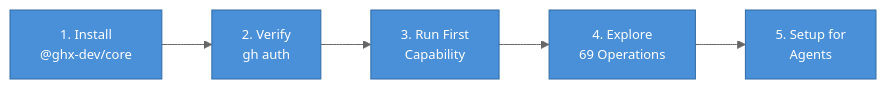
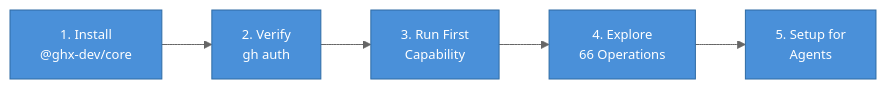
The diagram in docs/getting-started/README.md (aryeko/ghx-router), drawn with Mermaid before and after one commit. The commit also changed other lines of this file and 11 other files, not shown here.

````diff
--- a/docs/getting-started/README.md
+++ b/docs/getting-started/README.md
@@ -6,14 +6,14 @@
 ```mermaid
 %%{init: {'theme': 'base', 'themeVariables': {'primaryColor': '#4A90D9', 'primaryTextColor': '#fff', 'primaryBorderColor': '#2E6BA4', 'lineColor': '#666', 'fontSize': '13px'}}}%%
 graph LR
   A["1. Install<br/>@ghx-dev/core"] --> B["2. Verify<br/>gh auth"]
   B --> C["3. Run First<br/>Capability"]
-  C --> D["4. Explore<br/>69 Operations"]
+  C --> D["4. Explore<br/>66 Operations"]
   D --> E["5. Setup for<br/>Agents"]
 
   style A fill:#4A90D9,color:#fff
   style B fill:#4A90D9,color:#fff
   style C fill:#4A90D9,color:#fff
   style D fill:#4A90D9,color:#fff
   style E fill:#4A90D9,color:#fff
 ```
````
